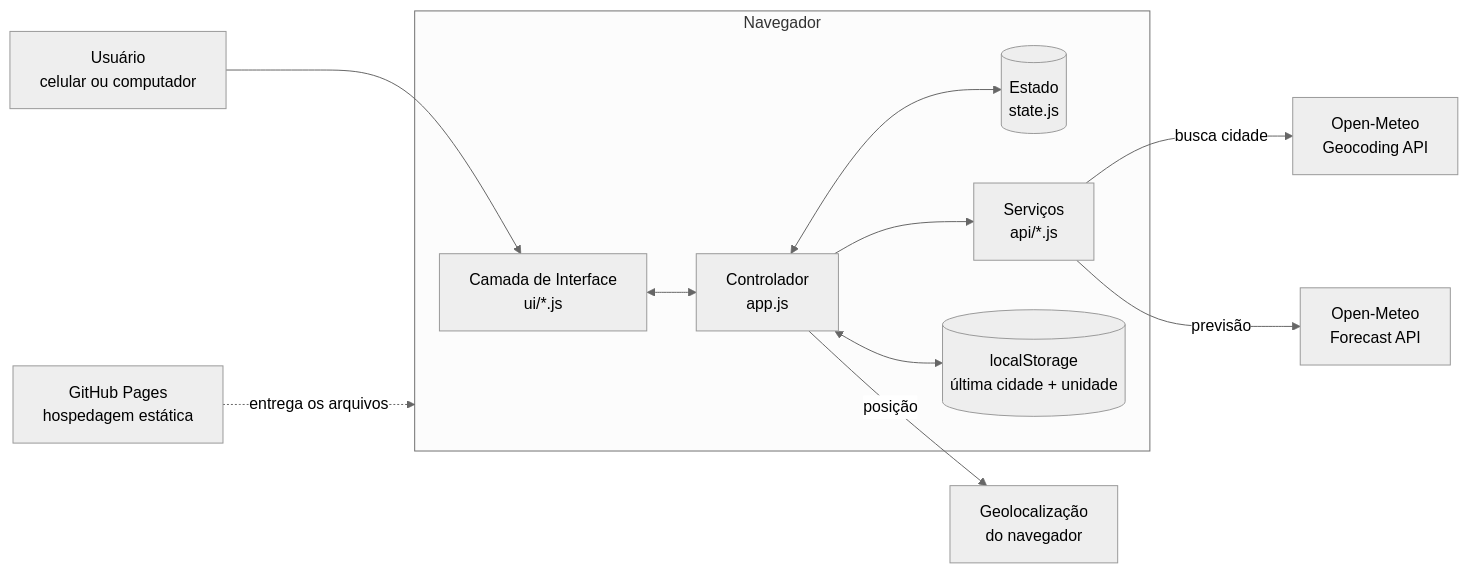
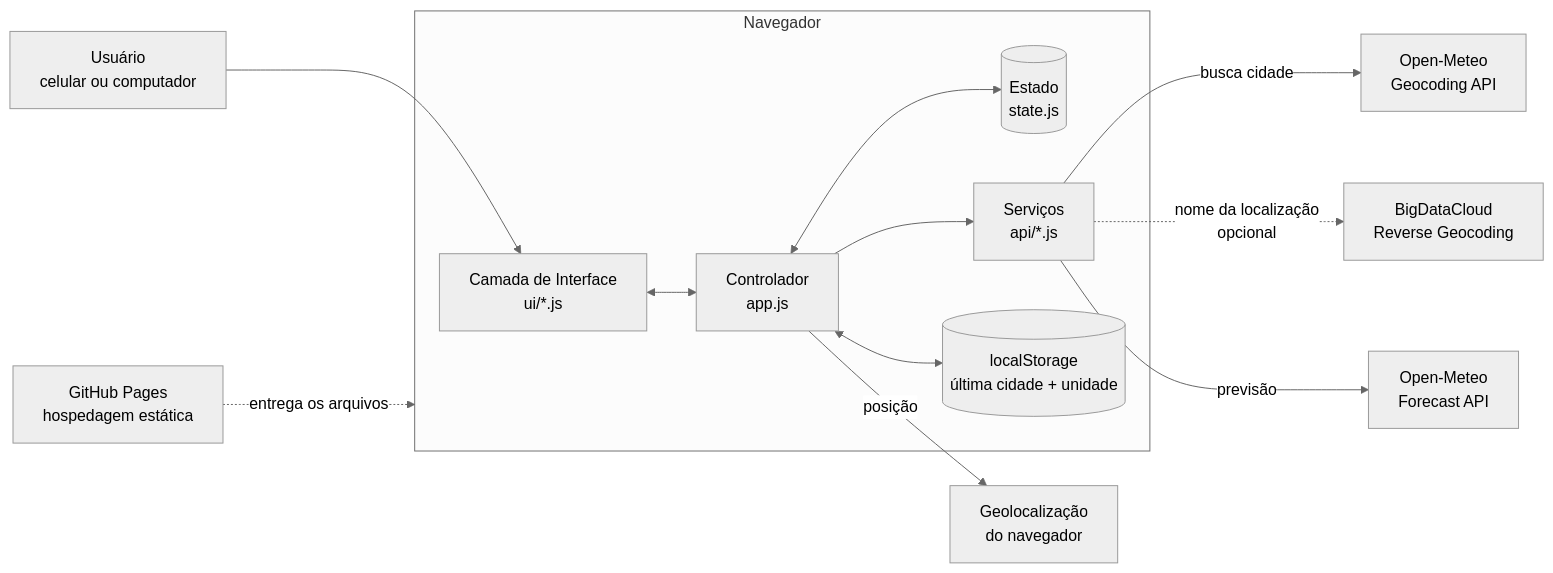
Before and after one commit to dalmoacosta-EmetOS/previsao-tempo: the first of 2 diagrams in docs/02-arquitetura.md, drawn with Mermaid (neutral theme). The commit also changed other lines of this file and 27 other files, not shown here.

````diff
--- a/docs/02-arquitetura.md
+++ b/docs/02-arquitetura.md
@@ -7,22 +7,23 @@
 ```mermaid
 flowchart LR
     U[Usuário<br/>celular ou computador] --> UI
 
     subgraph Navegador
         UI[Camada de Interface<br/>ui/*.js]
         APP[Controlador<br/>app.js]
         STATE[(Estado<br/>state.js)]
         SVC[Serviços<br/>api/*.js]
         STORE[(localStorage<br/>última cidade + unidade)]
         UI <--> APP
         APP <--> STATE
         APP --> SVC
         APP <--> STORE
     end
 
     SVC -->|busca cidade| GEO[Open-Meteo<br/>Geocoding API]
+    SVC -.->|nome da localização<br/>opcional| RG[BigDataCloud<br/>Reverse Geocoding]
     SVC -->|previsão| FC[Open-Meteo<br/>Forecast API]
     APP -->|posição| GPS[Geolocalização<br/>do navegador]
 
     HOST[GitHub Pages<br/>hospedagem estática] -. entrega os arquivos .-> Navegador
 ```
````
